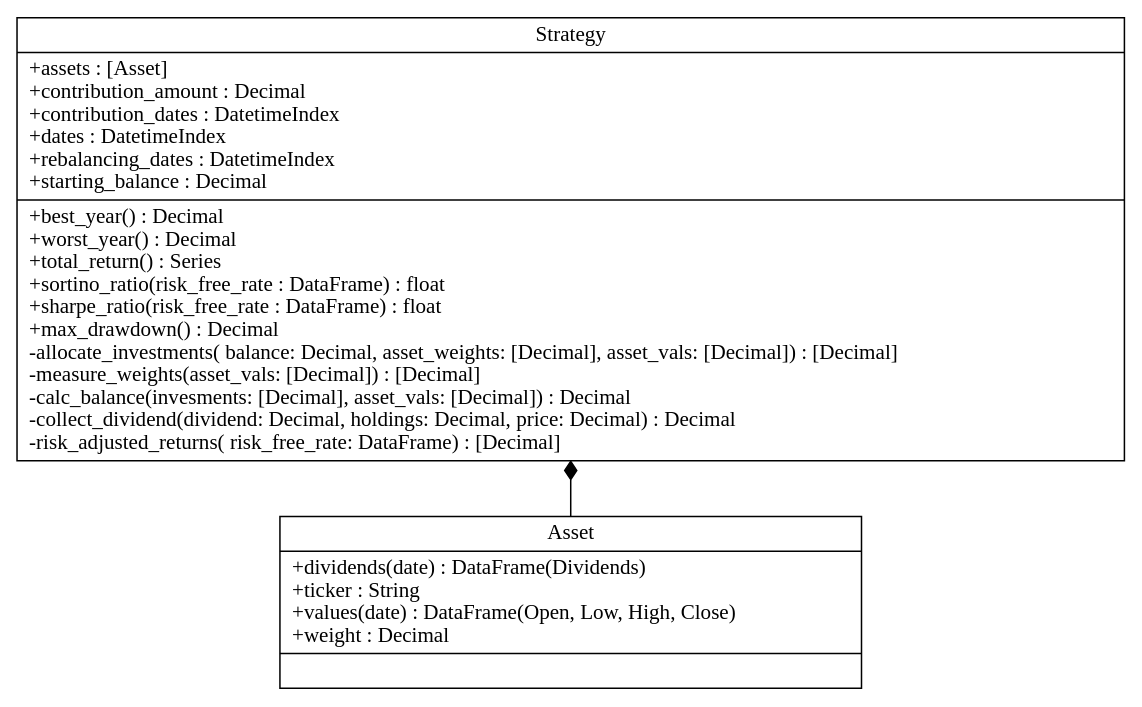
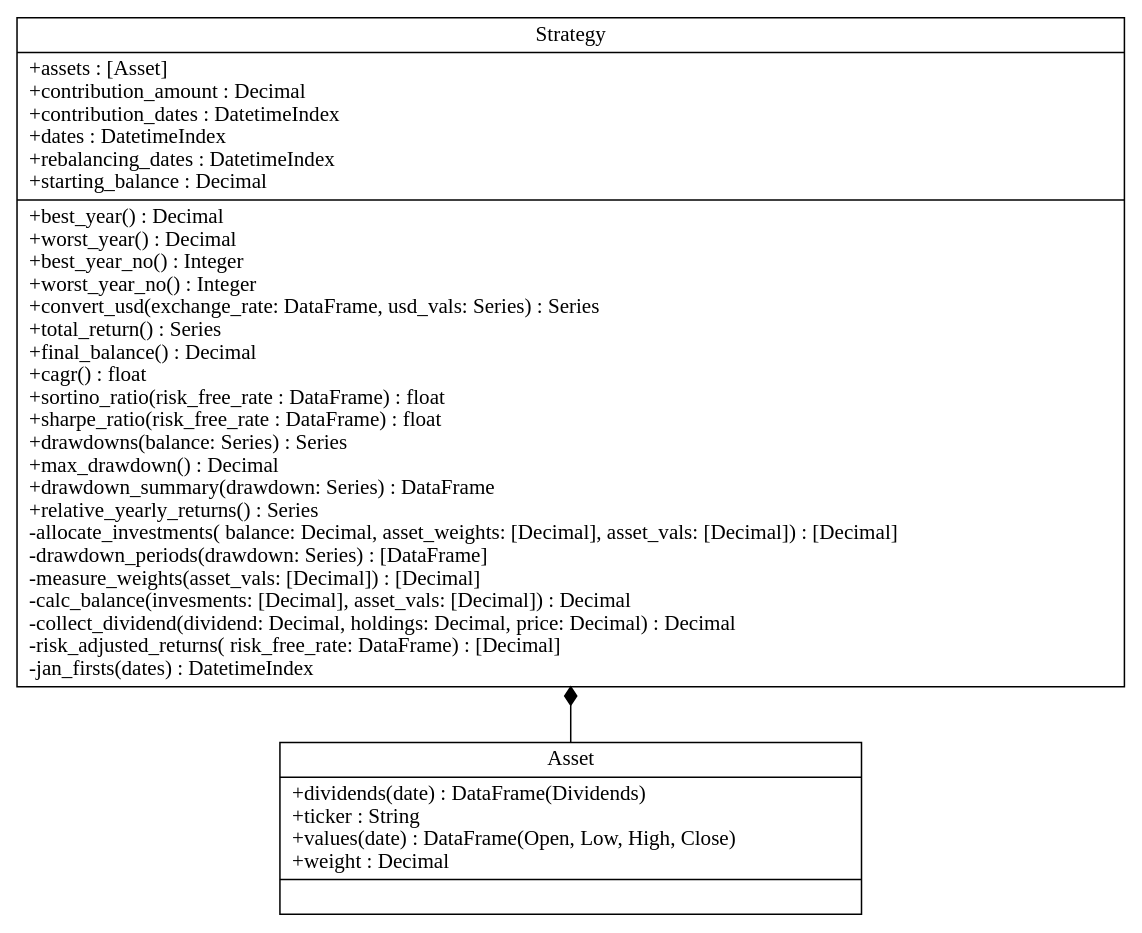
The diagram in Report/uml/classes_analyse_data.dot (Veluga/Thalia-Backtesting-Tool), drawn with Graphviz before and after one commit. The commit also changed 1 other file, not shown here.

```diff
--- a/Report/uml/classes_analyse_data.dot
+++ b/Report/uml/classes_analyse_data.dot
@@ -1,11 +1,10 @@
 digraph "classes" {
 charset="utf-8"
 rankdir=BT
 "0" [label="{Asset|+dividends(date) : DataFrame(Dividends)\l+ticker : String\l+values(date) : DataFrame(Open, Low, High, Close)\l+weight : Decimal\l|}", shape="record"];
-"1" [label="{Strategy|+assets : [Asset]\l+contribution_amount : Decimal\l+contribution_dates : DatetimeIndex\l+dates : DatetimeIndex\l+rebalancing_dates : DatetimeIndex\l+starting_balance : Decimal\l|+best_year() : Decimal\l+worst_year() : Decimal\l+total_return() : Series\l+sortino_ratio(risk_free_rate : DataFrame) : float\l+sharpe_ratio(risk_free_rate : DataFrame) : float\l+max_drawdown() : Decimal\l-allocate_investments(
-    balance: Decimal, asset_weights: [Decimal], asset_vals: [Decimal]) : [Decimal]\l-measure_weights(asset_vals: [Decimal]) : [Decimal]\l-calc_balance(invesments: [Decimal], asset_vals: [Decimal]) : Decimal\l-collect_dividend(dividend: Decimal, holdings: Decimal, price: Decimal) : Decimal\l-risk_adjusted_returns(
-    risk_free_rate: DataFrame
-) : [Decimal]\l}", shape="record"];
+"1" [label="{Strategy|+assets : [Asset]\l+contribution_amount : Decimal\l+contribution_dates : DatetimeIndex\l+dates : DatetimeIndex\l+rebalancing_dates : DatetimeIndex\l+starting_balance : Decimal\l|+best_year() : Decimal\l+worst_year() : Decimal\l+best_year_no() : Integer\l+worst_year_no() : Integer\l+convert_usd(exchange_rate: DataFrame, usd_vals: Series) : Series\l+total_return() : Series\l+final_balance() : Decimal\l+cagr() : float\l+sortino_ratio(risk_free_rate : DataFrame) : float\l+sharpe_ratio(risk_free_rate : DataFrame) : float\l+drawdowns(balance: Series) : Series\l+max_drawdown() : Decimal\l+drawdown_summary(drawdown: Series) : DataFrame\l+relative_yearly_returns() : Series\l-allocate_investments(
+    balance: Decimal, asset_weights: [Decimal], asset_vals: [Decimal]) : [Decimal]\l-drawdown_periods(drawdown: Series) : [DataFrame]\l-measure_weights(asset_vals: [Decimal]) : [Decimal]\l-calc_balance(invesments: [Decimal], asset_vals: [Decimal]) : Decimal\l-collect_dividend(dividend: Decimal, holdings: Decimal, price: Decimal) : Decimal\l-risk_adjusted_returns(
+    risk_free_rate: DataFrame) : [Decimal]\l-jan_firsts(dates) : DatetimeIndex\l}", shape="record"];
 "0" -> "1" [arrowhead="diamond", arrowtail="none", style="solid"];
 
 }
```
